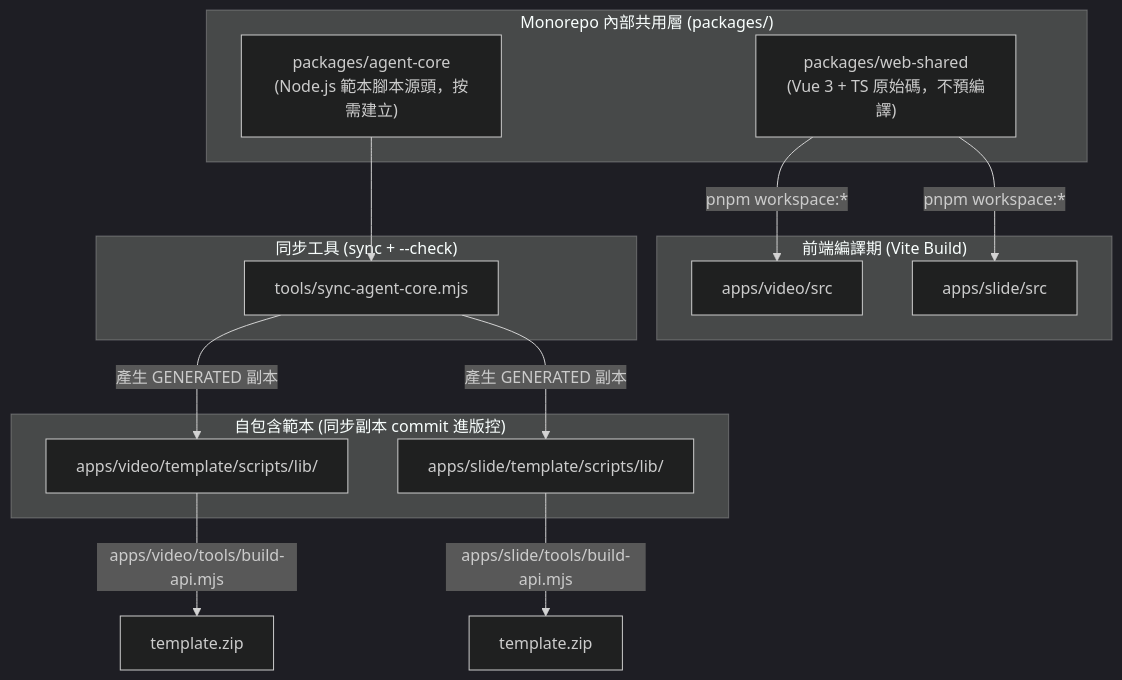
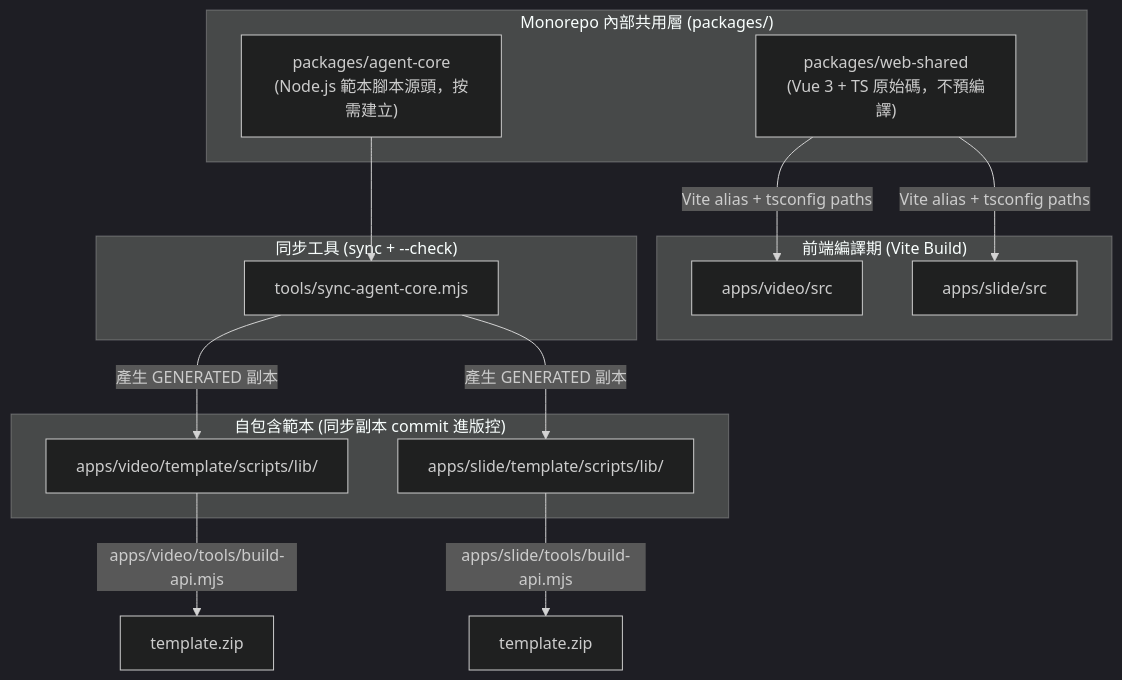
The diagram in docs/shared-architecture-plan.md (tigernaxoJr/aoa), drawn with Mermaid (dark theme) before and after one commit. The commit also changed other lines of this file and 25 other files, not shown here.

````diff
--- a/docs/shared-architecture-plan.md
+++ b/docs/shared-architecture-plan.md
@@ -77,29 +77,29 @@
 ```mermaid
 flowchart TD
     subgraph Monorepo_Packages["Monorepo 內部共用層 (packages/)"]
         P_UI["packages/web-shared<br/>(Vue 3 + TS 原始碼，不預編譯)"]
         P_CORE["packages/agent-core<br/>(Node.js 範本腳本源頭，按需建立)"]
     end
 
     subgraph Apps_Frontend["前端編譯期 (Vite Build)"]
         APP_VIDEO_WEB["apps/video/src"]
         APP_SLIDE_WEB["apps/slide/src"]
     end
 
     subgraph Sync["同步工具 (sync + --check)"]
         SYNC_SCRIPT["tools/sync-agent-core.mjs"]
     end
 
     subgraph Templates["自包含範本 (同步副本 commit 進版控)"]
         T_VIDEO["apps/video/template/scripts/lib/"]
         T_SLIDE["apps/slide/template/scripts/lib/"]
     end
 
-    P_UI -->|"pnpm workspace:*"| APP_VIDEO_WEB
-    P_UI -->|"pnpm workspace:*"| APP_SLIDE_WEB
+    P_UI -->|"Vite alias + tsconfig paths"| APP_VIDEO_WEB
+    P_UI -->|"Vite alias + tsconfig paths"| APP_SLIDE_WEB
     P_CORE --> SYNC_SCRIPT
     SYNC_SCRIPT -->|"產生 GENERATED 副本"| T_VIDEO
     SYNC_SCRIPT -->|"產生 GENERATED 副本"| T_SLIDE
     T_VIDEO -->|"apps/video/tools/build-api.mjs"| Z1["template.zip"]
     T_SLIDE -->|"apps/slide/tools/build-api.mjs"| Z2["template.zip"]
 ```
````
